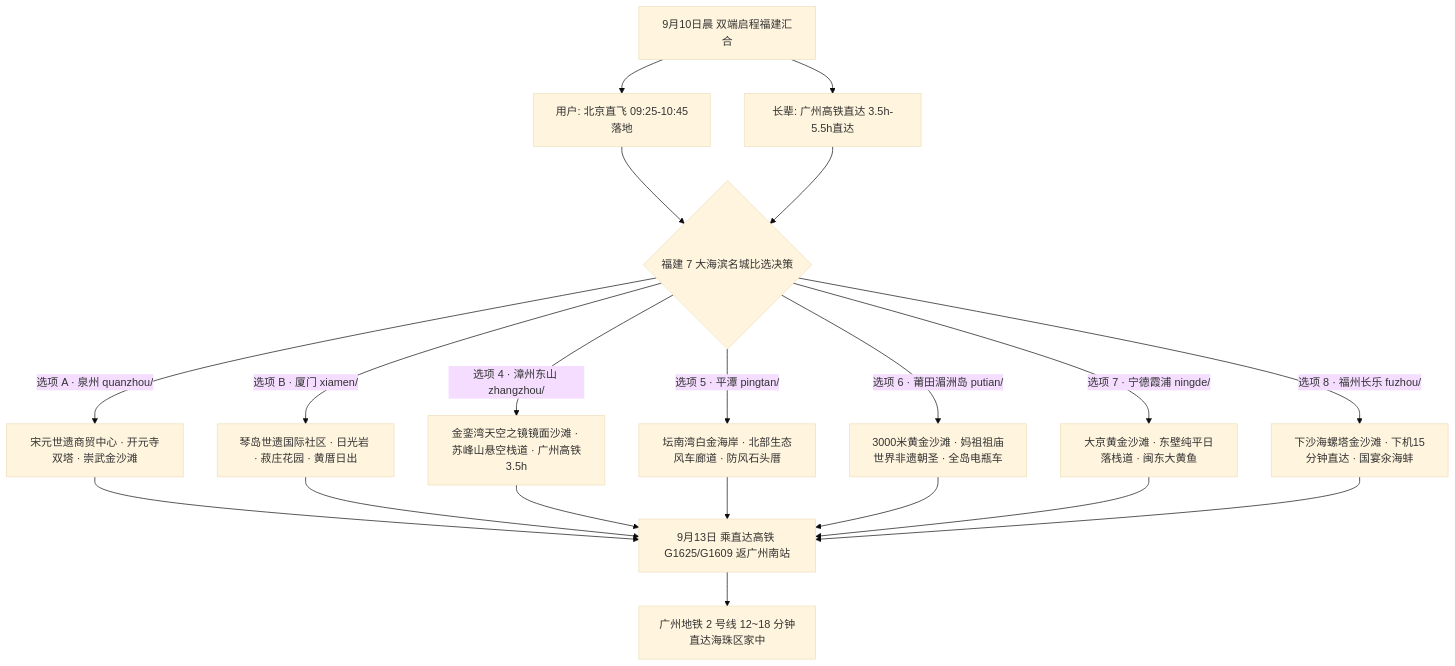
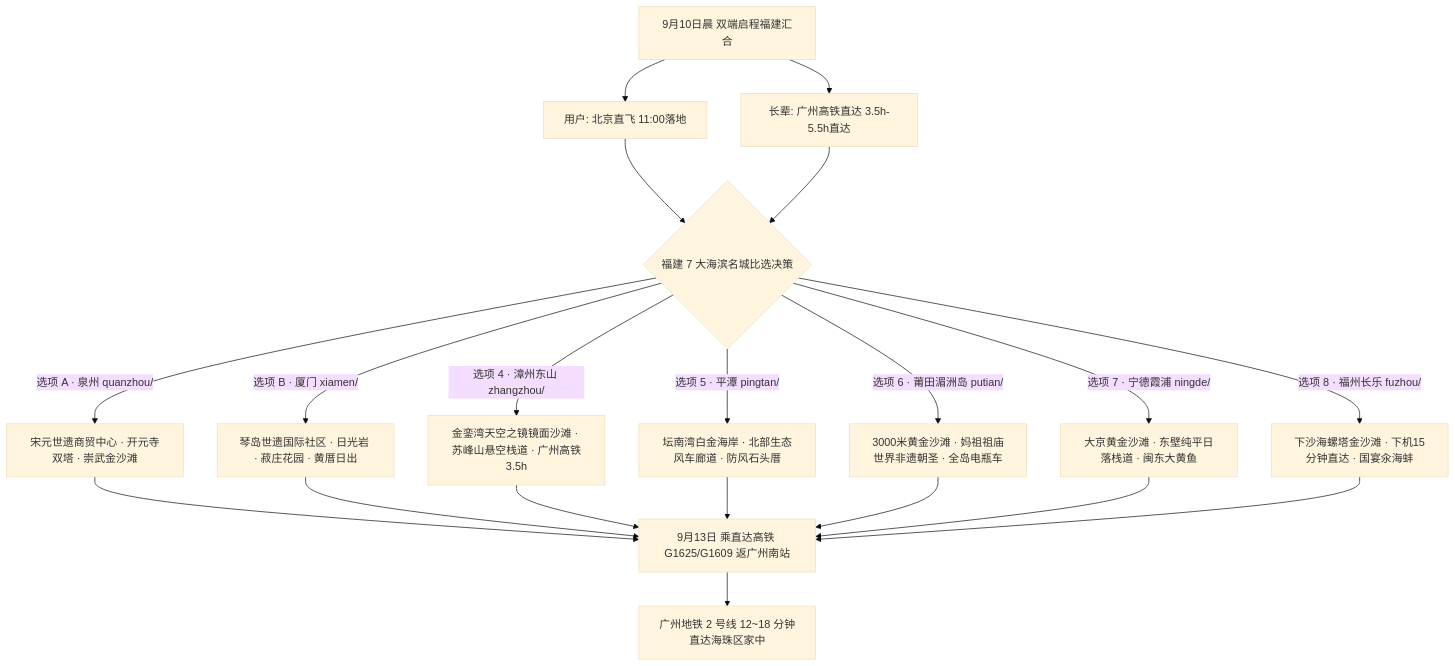
The diagram in fujian/README.md (PhoenixNest/travel-agency), drawn with Mermaid (base theme) before and after one commit. The commit also changed other lines of this file and 26 other files, not shown here.

````diff
--- a/fujian/README.md
+++ b/fujian/README.md
@@ -19,19 +19,19 @@
 ```mermaid
 graph TD
-    A[9月10日晨 双端启程福建汇合] --> B[用户: 北京直飞 09:25-10:45落地]
+    A[9月10日晨 双端启程福建汇合] --> B[用户: 北京直飞 11:00落地]
     A --> C[长辈: 广州高铁直达 3.5h-5.5h直达]
 
     B --> D{福建 7 大海滨名城比选决策}
     C --> D
 
     D -->|选项 A · 泉州 quanzhou/| E[宋元世遗商贸中心 · 开元寺双塔 · 崇武金沙滩]
     D -->|选项 B · 厦门 xiamen/| F[琴岛世遗国际社区 · 日光岩 · 菽庄花园 · 黄厝日出]
     D -->|选项 4 · 漳州东山 zhangzhou/| G[金銮湾天空之镜镜面沙滩 · 苏峰山悬空栈道 · 广州高铁3.5h]
     D -->|选项 5 · 平潭 pingtan/| H[坛南湾白金海岸 · 北部生态风车廊道 · 防风石头厝]
     D -->|选项 6 · 莆田湄洲岛 putian/| I[3000米黄金沙滩 · 妈祖祖庙世界非遗朝圣 · 全岛电瓶车]
     D -->|选项 7 · 宁德霞浦 ningde/| J[大京黄金沙滩 · 东壁纯平日落栈道 · 闽东大黄鱼]
     D -->|选项 8 · 福州长乐 fuzhou/| K[下沙海螺塔金沙滩 · 下机15分钟直达 · 国宴汆海蚌]
 
     E & F & G & H & I & J & K --> L[9月13日 乘直达高铁 G1625/G1609 返广州南站]
     L --> M[广州地铁 2 号线 12~18 分钟直达海珠区家中]
 ```
````
